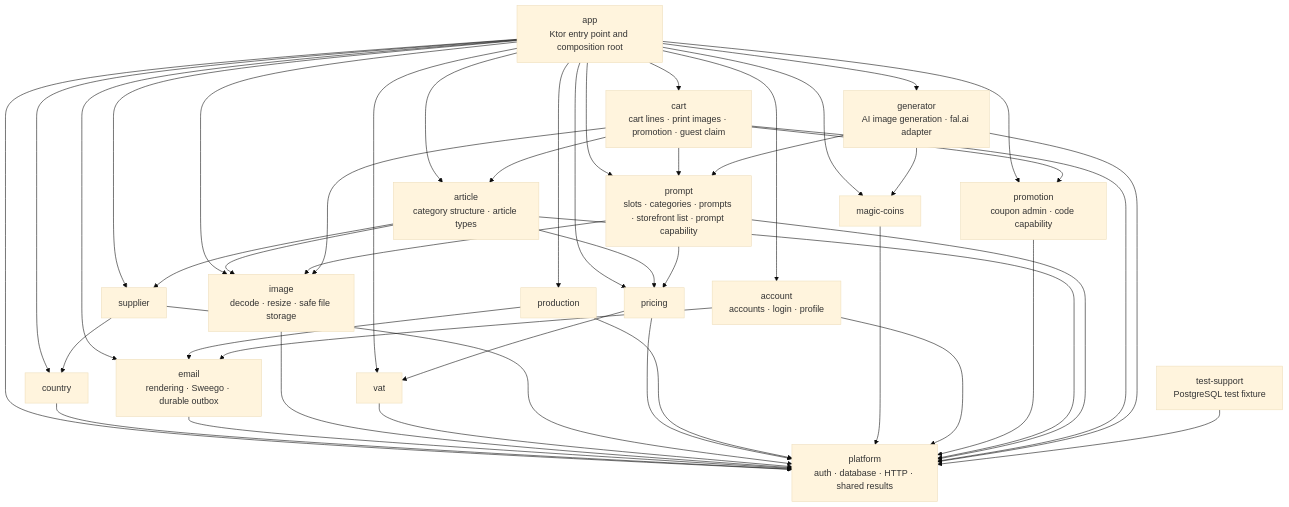
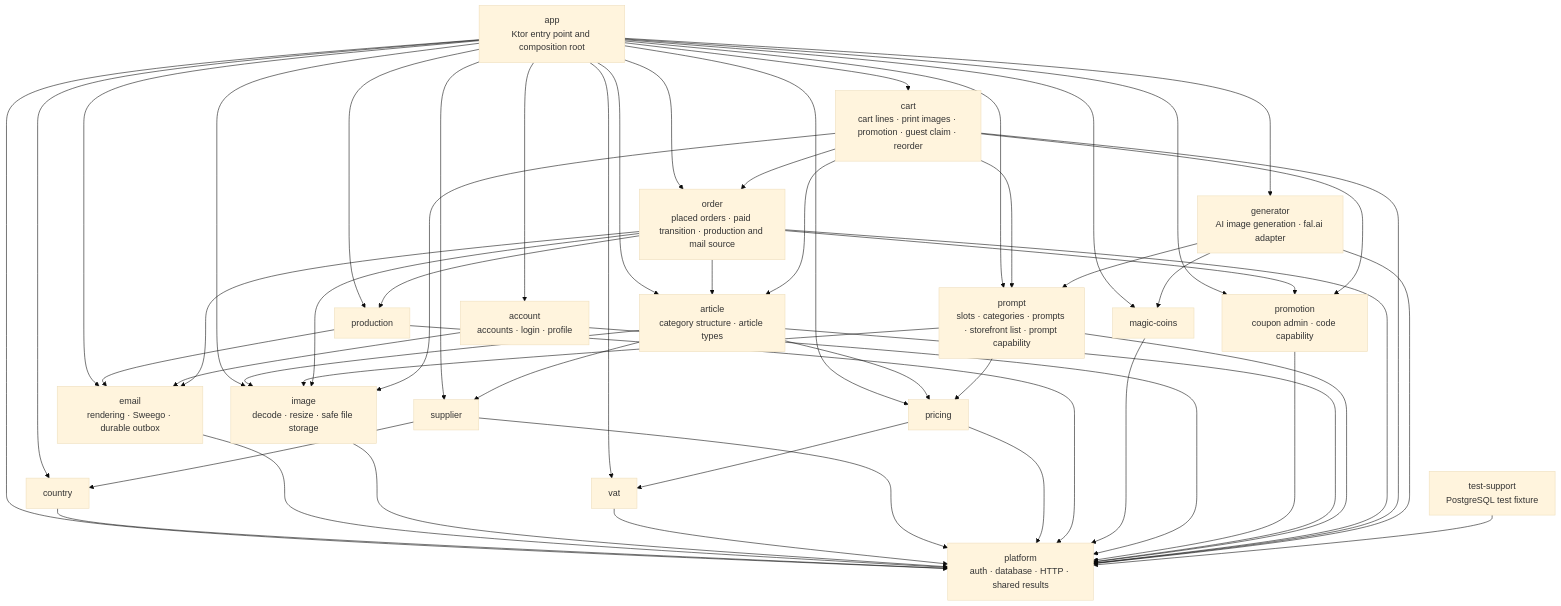
The diagram in docs/dev/backend/module-architecture.md (bitstorm-tech/voenix-shop-kotlin), drawn with Mermaid (base theme) before and after one commit. The commit also changed other lines of this file and 109 other files, not shown here.

````diff
--- a/docs/dev/backend/module-architecture.md
+++ b/docs/dev/backend/module-architecture.md
@@ -34,66 +34,75 @@
 ```mermaid
 flowchart TD
     App["app<br/>Ktor entry point and composition root"]
     Platform["platform<br/>auth · database · HTTP · shared results"]
     Country["country"]
     Email["email<br/>rendering · Sweego · durable outbox"]
     Image["image<br/>decode · resize · safe file storage"]
     Vat["vat"]
     Supplier["supplier"]
     Pricing["pricing"]
     Production["production"]
     MagicCoins["magic-coins"]
     Account["account<br/>accounts · login · profile"]
     Promotion["promotion<br/>coupon admin · code capability"]
     Article["article<br/>category structure · article types"]
     Prompt["prompt<br/>slots · categories · prompts · storefront list · prompt capability"]
-    Cart["cart<br/>cart lines · print images · promotion · guest claim"]
+    Order["order<br/>placed orders · paid transition · production and mail source"]
+    Cart["cart<br/>cart lines · print images · promotion · guest claim · reorder"]
     Generator["generator<br/>AI image generation · fal.ai adapter"]
     TestSupport["test-support<br/>PostgreSQL test fixture"]
 
     App --> Platform
     App --> Account
     App --> Country
     App --> Email
     App --> Image
     App --> Vat
     App --> Supplier
     App --> Pricing
     App --> Production
     App --> MagicCoins
     App --> Promotion
     App --> Article
     App --> Prompt
+    App --> Order
     App --> Cart
     App --> Generator
     Country --> Platform
     Email --> Platform
     Image --> Platform
     Vat --> Platform
     Supplier --> Platform
     Supplier --> Country
     Pricing --> Platform
     Pricing --> Vat
     Production --> Platform
     Production --> Email
     MagicCoins --> Platform
     Account --> Platform
     Account --> Email
     Promotion --> Platform
     Article --> Platform
     Article --> Image
     Article --> Pricing
     Article --> Supplier
     Prompt --> Platform
     Prompt --> Image
     Prompt --> Pricing
+    Order --> Platform
+    Order --> Image
+    Order --> Article
+    Order --> Promotion
+    Order --> Production
+    Order --> Email
     Cart --> Platform
     Cart --> Image
     Cart --> Article
     Cart --> Prompt
     Cart --> Promotion
+    Cart --> Order
     Generator --> Platform
     Generator --> Prompt
     Generator --> MagicCoins
     TestSupport --> Platform
 ```
````
